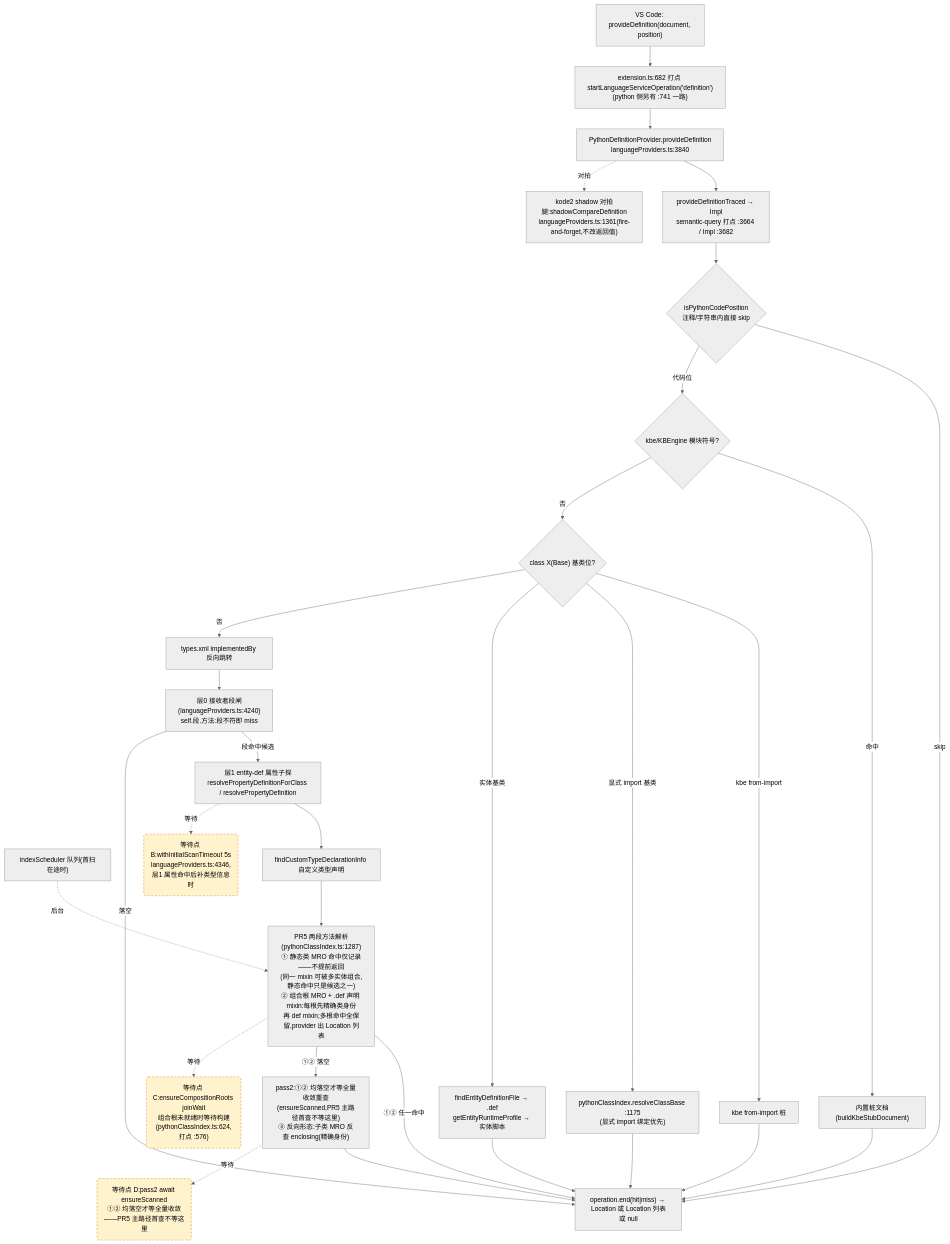
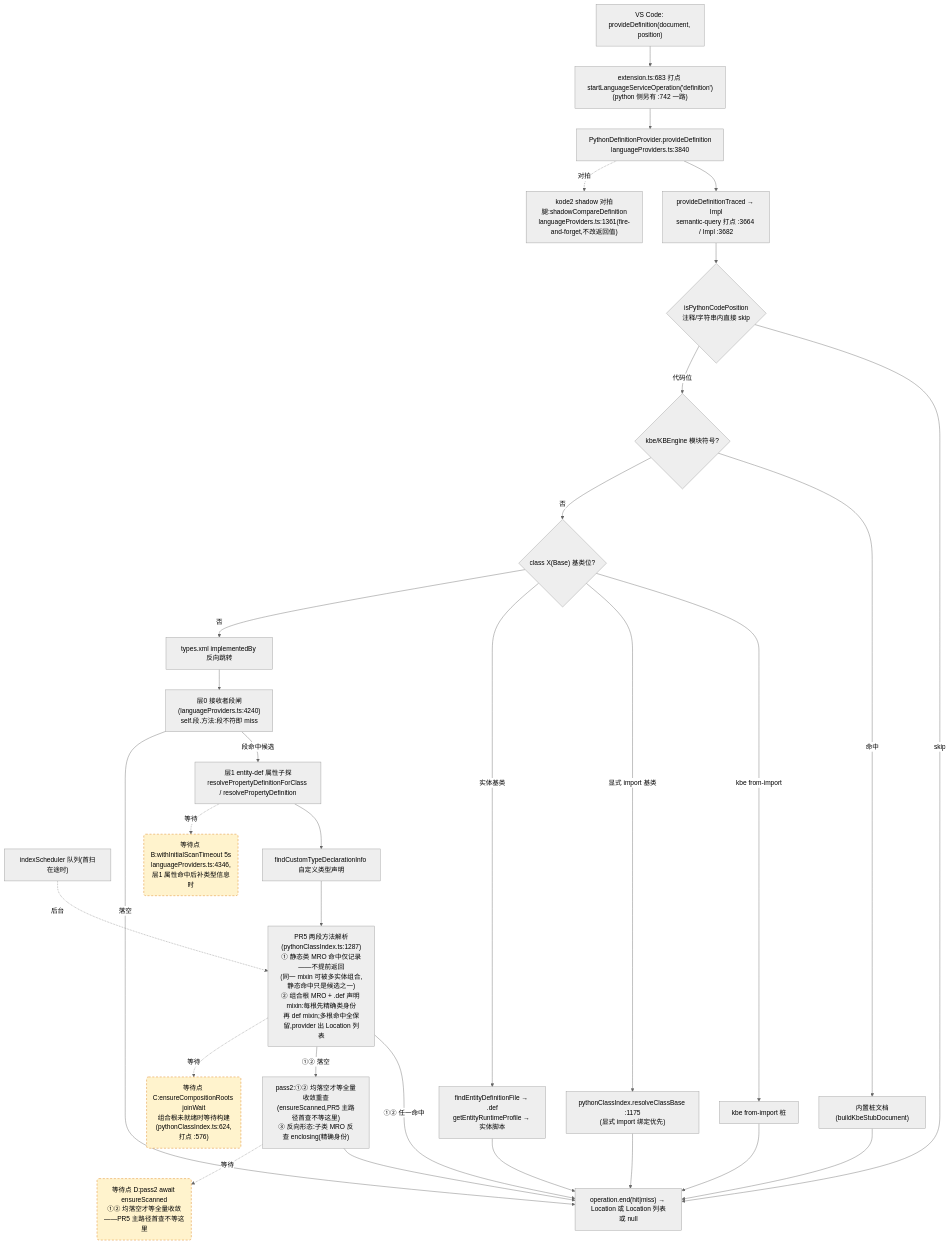
The second of 4 diagrams in docs/perf/2026-baseline.md (cuihairu/kode), drawn with Mermaid (neutral theme) before and after one commit. The commit also changed other lines of this file and 12 other files, not shown here.

````diff
--- a/docs/perf/2026-baseline.md
+++ b/docs/perf/2026-baseline.md
@@ -130,51 +130,51 @@
 ```mermaid
 flowchart TD
   VC2["VS Code: provideDefinition(document, position)"]
-  M2["extension.ts:682 打点 startLanguageServiceOperation('definition')<br/>(python 侧另有 :741 一路)"]
+  M2["extension.ts:683 打点 startLanguageServiceOperation('definition')<br/>(python 侧另有 :742 一路)"]
   AD2["PythonDefinitionProvider.provideDefinition<br/>languageProviders.ts:3840"]
   TR["provideDefinitionTraced → Impl<br/>semantic-query 打点 :3664 / Impl :3682"]
   CTX{"isPythonCodePosition<br/>注释/字符串内直接 skip"}
   KBE{"kbe/KBEngine 模块符号?"}
   STUB["内置桩文档(buildKbeStubDocument)"]
   CB{"class X(Base) 基类位?"}
   CB1["kbe from-import 桩"]
   CB2["pythonClassIndex.resolveClassBase :1175<br/>(显式 import 绑定优先)"]
   CB3["findEntityDefinitionFile → .def<br/>getEntityRuntimeProfile → 实体脚本"]
   REV["types.xml implementedBy 反向跳转"]
   L0["层0 接收者段闸(languageProviders.ts:4240)<br/>self.段.方法:段不符即 miss"]
   L1["层1 entity-def 属性子探<br/>resolvePropertyDefinitionForClass / resolvePropertyDefinition"]
   SCAN["indexScheduler 队列(首扫在途时)"]
   TY["findCustomTypeDeclarationInfo 自定义类型声明"]
   MRO["PR5 两段方法解析(pythonClassIndex.ts:1287)<br/>① 静态类 MRO 命中仅记录——不提前返回<br/>(同一 mixin 可被多实体组合,静态命中只是候选之一)<br/>② 组合根 MRO + .def 声明 mixin:每根先精确类身份<br/>再 def mixin;多根命中全保留,provider 出 Location 列表"]
   PASS2["pass2:①② 均落空才等全量收敛重查<br/>(ensureScanned,PR5 主路径首查不等这里)<br/>③ 反向形态:子类 MRO 反查 enclosing(精确身份)"]
   SHD["kode2 shadow 对拍腿:shadowCompareDefinition<br/>languageProviders.ts:1361(fire-and-forget,不改返回值)"]
   END2["operation.end(hit|miss) → Location 或 Location 列表或 null"]
 
   VC2 --> M2 --> AD2 --> TR --> CTX
   CTX -- "skip" --> END2
   CTX -- "代码位" --> KBE
   KBE -- "命中" --> STUB --> END2
   KBE -- "否" --> CB
   CB -- "kbe from-import" --> CB1 --> END2
   CB -- "显式 import 基类" --> CB2 --> END2
   CB -- "实体基类" --> CB3 --> END2
   CB -- "否" --> REV --> L0
   L0 -- "段命中候选" --> L1
   L0 -- "落空" --> END2
   L1 --> TY
   TY --> MRO
   MRO -- "①② 任一命中" --> END2
   MRO -- "①② 落空" --> PASS2 --> END2
   AD2 -.->|对拍| SHD
 
   WAITB("等待点 B:withInitialScanTimeout 5s<br/>languageProviders.ts:4346,层1 属性命中后补类型信息时")
   WAITC("等待点 C:ensureCompositionRoots joinWait<br/>组合根未就绪时等待构建(pythonClassIndex.ts:624,打点 :576)")
   WAITD("等待点 D:pass2 await ensureScanned<br/>①② 均落空才等全量收敛——PR5 主路径首查不等这里")
   L1 -.->|等待| WAITB
   MRO -.->|等待| WAITC
   PASS2 -.->|等待| WAITD
   SCAN -.->|后台| MRO
 
   classDef waitPoint fill:#fff3cd,stroke:#d97706,stroke-dasharray:5 4;
   class WAITB,WAITC,WAITD waitPoint;
 ```
````
